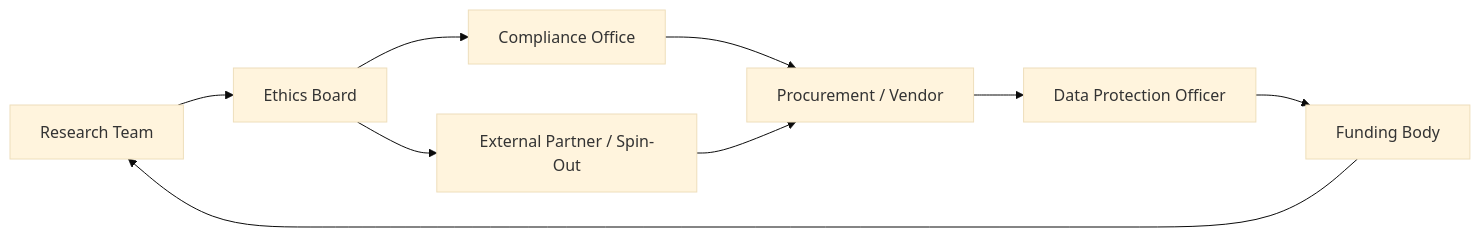
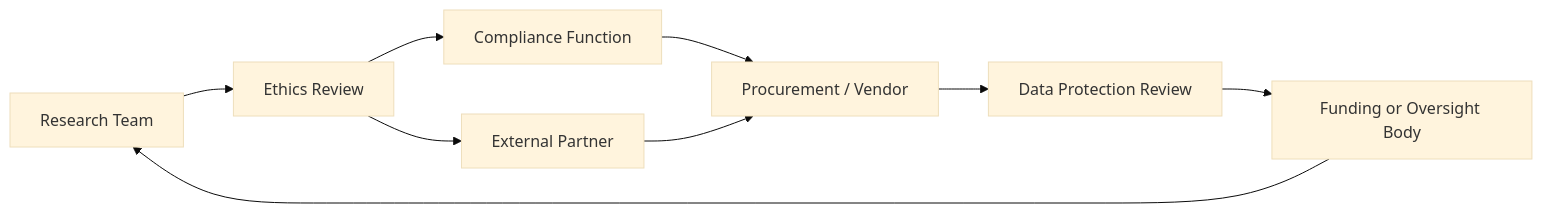
One commit to josefsbreakfast/Polaris-Protocol changed the second of 2 diagrams in Disruption_Kit/Big_Picture_Protocols/🌀_System_Governance/💫_Containment_Logic/⚗️_data_contamination_chain.md. Above: the diagram before and after it, drawn with Mermaid (base theme). The commit also changed other lines of this file, not shown here.

````diff
--- a/Disruption_Kit/Big_Picture_Protocols/🌀_System_Governance/💫_Containment_Logic/⚗️_data_contamination_chain.md
+++ b/Disruption_Kit/Big_Picture_Protocols/🌀_System_Governance/💫_Containment_Logic/⚗️_data_contamination_chain.md
@@ -79,11 +119,11 @@
 ```mermaid
 graph LR
-A[Research Team] --> B[Ethics Board]
-B --> C[Compliance Office]
+A[Research Team] --> B[Ethics Review]
+B --> C[Compliance Function]
 C --> D[Procurement / Vendor]
-D --> E[Data Protection Officer]
-E --> F[Funding Body]
+D --> E[Data Protection Review]
+E --> F[Funding or Oversight Body]
 F --> A
-B --> G[External Partner / Spin-Out]
+B --> G[External Partner]
 G --> D
 ```
````
